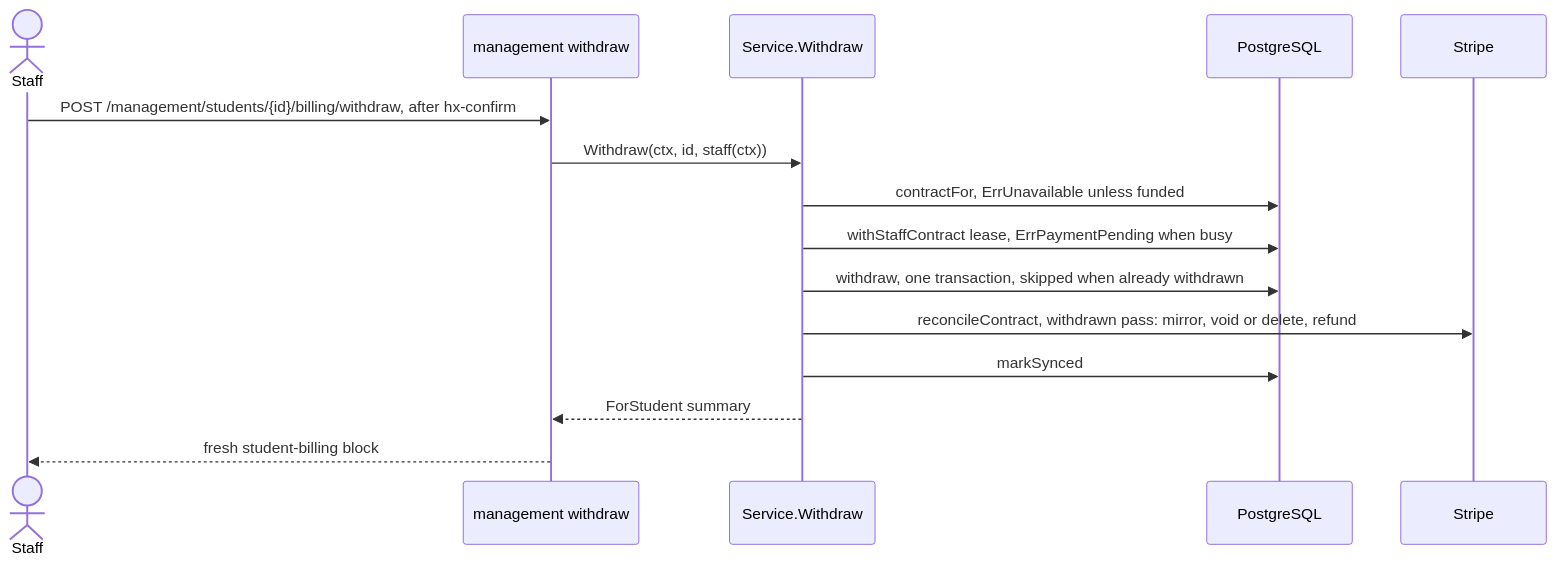
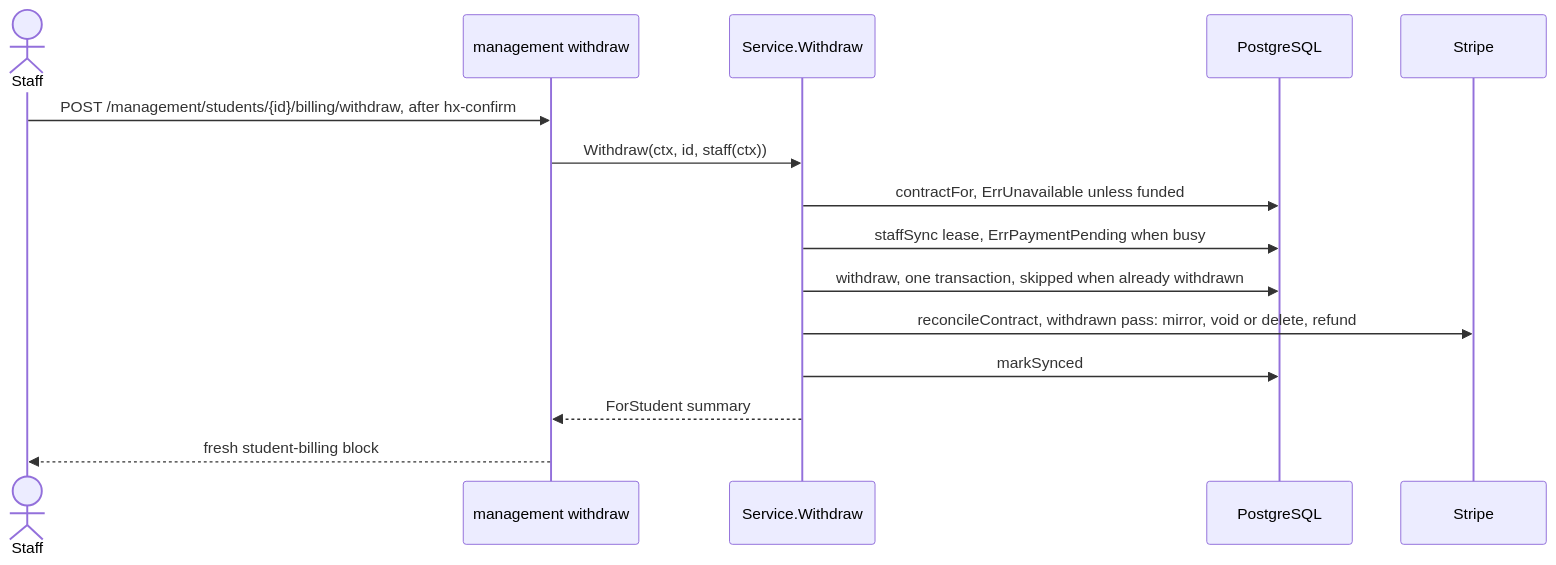
Before and after one commit to devGabriel131/ProjectHermes: the diagram in docs/billing/withdrawal.md, drawn with Mermaid. The commit also changed other lines of this file and 38 other files, not shown here.

````diff
--- a/docs/billing/withdrawal.md
+++ b/docs/billing/withdrawal.md
@@ -7,17 +7,17 @@
 ```mermaid
 sequenceDiagram
     actor Staff
     participant M as management withdraw
     participant B as Service.Withdraw
     participant DB as PostgreSQL
     participant S as Stripe
     Staff->>M: POST /management/students/{id}/billing/withdraw, after hx-confirm
     M->>B: Withdraw(ctx, id, staff(ctx))
     B->>DB: contractFor, ErrUnavailable unless funded
-    B->>DB: withStaffContract lease, ErrPaymentPending when busy
+    B->>DB: staffSync lease, ErrPaymentPending when busy
     B->>DB: withdraw, one transaction, skipped when already withdrawn
     B->>S: reconcileContract, withdrawn pass: mirror, void or delete, refund
     B->>DB: markSynced
     B-->>M: ForStudent summary
     M-->>Staff: fresh student-billing block
 ```
````
